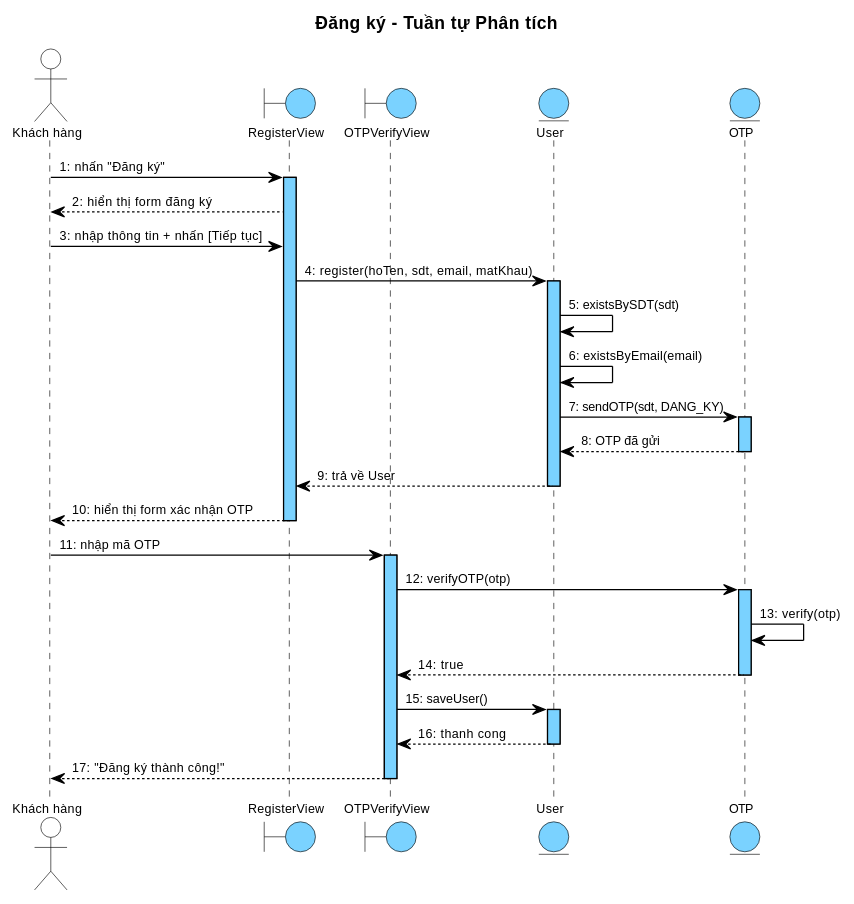
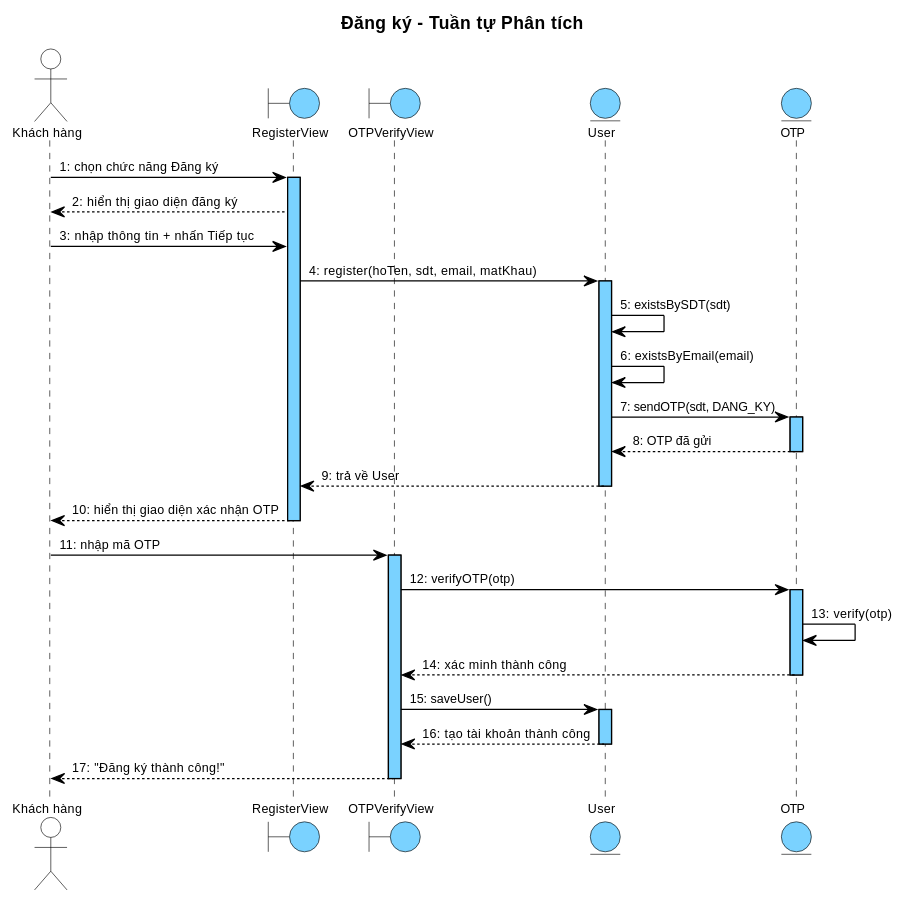
One commit to thanhtrnnn/cnpm changed the fourth of 7 diagrams in docs/tabs/section-account-ii.md. Above: the diagram before and after it, drawn with PlantUML. The commit also changed other lines of this file and 17 other files, not shown here.

First line of the commit message:
feat: deep audit Pha I+II theo skill cnpm — Ngoại lệ, entity diagram, class diagram

```diff
--- a/docs/tabs/section-account-ii.md
+++ b/docs/tabs/section-account-ii.md
@@ -310,10 +496,10 @@
 entity User as E1
 entity OTP as E2
 
-KH -> B1 : 1: nhấn "Đăng ký"
+KH -> B1 : 1: chọn chức năng Đăng ký
 activate B1
-B1 --> KH : 2: hiển thị form đăng ký
-KH -> B1 : 3: nhập thông tin + nhấn [Tiếp tục]
+B1 --> KH : 2: hiển thị giao diện đăng ký
+KH -> B1 : 3: nhập thông tin + nhấn Tiếp tục
 B1 -> E1 : 4: register(hoTen, sdt, email, matKhau)
 activate E1
 E1 -> E1 : 5: existsBySDT(sdt)
@@ -324,7 +510,7 @@
 deactivate E2
 E1 --> B1 : 9: trả về User
 deactivate E1
-B1 --> KH : 10: hiển thị form xác nhận OTP
+B1 --> KH : 10: hiển thị giao diện xác nhận OTP
 deactivate B1
 
 KH -> B2 : 11: nhập mã OTP
@@ -332,11 +518,11 @@
 B2 -> E2 : 12: verifyOTP(otp)
 activate E2
 E2 -> E2 : 13: verify(otp)
-E2 --> B2 : 14: true
+E2 --> B2 : 14: xác minh thành công
 deactivate E2
 B2 -> E1 : 15: saveUser()
 activate E1
-E1 --> B2 : 16: thanh cong
+E1 --> B2 : 16: tạo tài khoản thành công
 deactivate E1
 B2 --> KH : 17: "Đăng ký thành công!"
 deactivate B2
```
